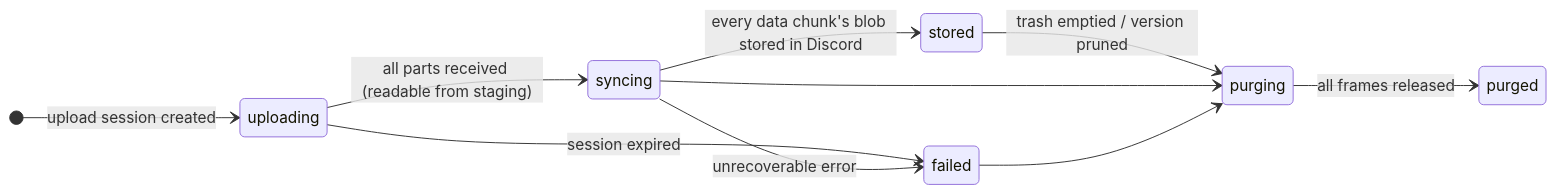
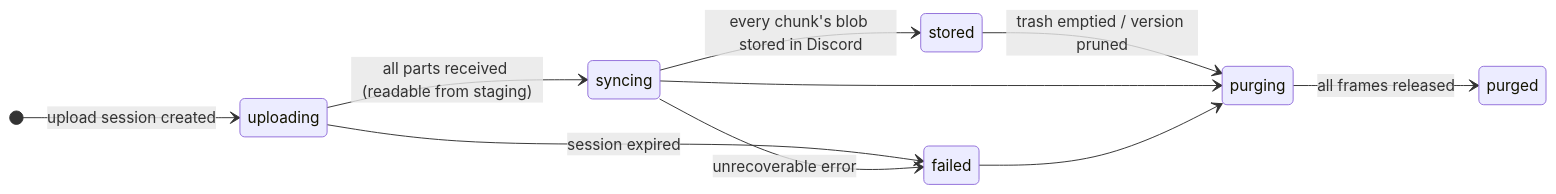
The fourth of 10 diagrams in docs/DESIGN.md (AlexB8675/DFS), drawn with Mermaid before and after one commit. The commit also changed other lines of this file, not shown here.

````diff
--- a/docs/DESIGN.md
+++ b/docs/DESIGN.md
@@ -325,13 +324,13 @@
 ```mermaid
 stateDiagram-v2
     direction LR
     [*] --> uploading : upload session created
     uploading --> syncing : all parts received (readable from staging)
-    syncing --> stored : every data chunk's blob stored in Discord
+    syncing --> stored : every chunk's blob stored in Discord
     uploading --> failed : session expired
     syncing --> failed : unrecoverable error
     stored --> purging : trash emptied / version pruned
     syncing --> purging
     failed --> purging
     purging --> purged : all frames released
 ```
````
